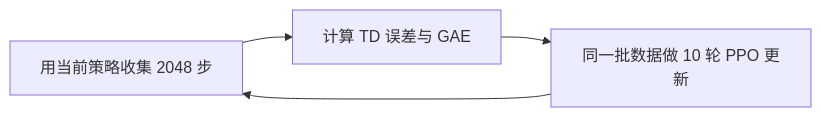
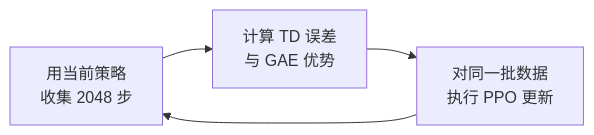
Before and after one commit to birhantprkc/hands-on-modern-rl: the diagram in docs/chapter01_cartpole/training.md, drawn with Mermaid. The commit also changed other lines of this file and 2 other files, not shown here.

````diff
--- a/docs/chapter01_cartpole/training.md
+++ b/docs/chapter01_cartpole/training.md
@@ -40,6 +62,6 @@
 ```mermaid
 flowchart LR
-    A["用当前策略收集 2048 步"] --> B["计算 TD 误差与 GAE"]
-    B --> C["同一批数据做 10 轮 PPO 更新"]
+    A["用当前策略<br/>收集 2048 步"] --> B["计算 TD 误差<br/>与 GAE 优势"]
+    B --> C["对同一批数据<br/>执行 PPO 更新"]
     C --> A
 ```
````
